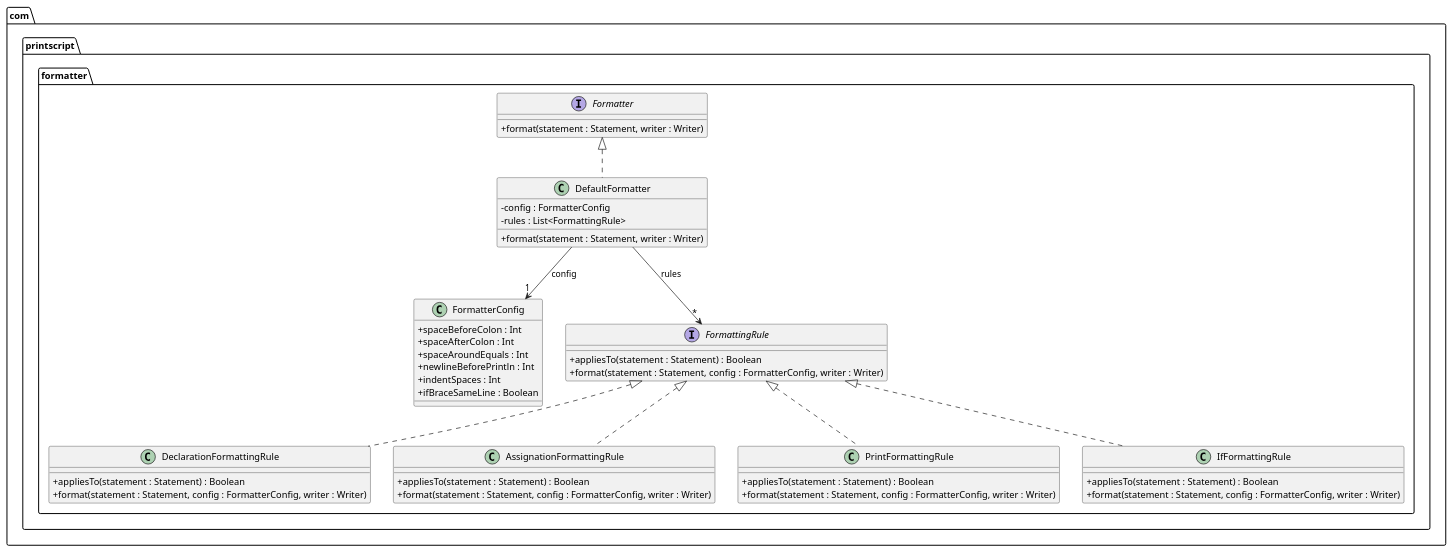
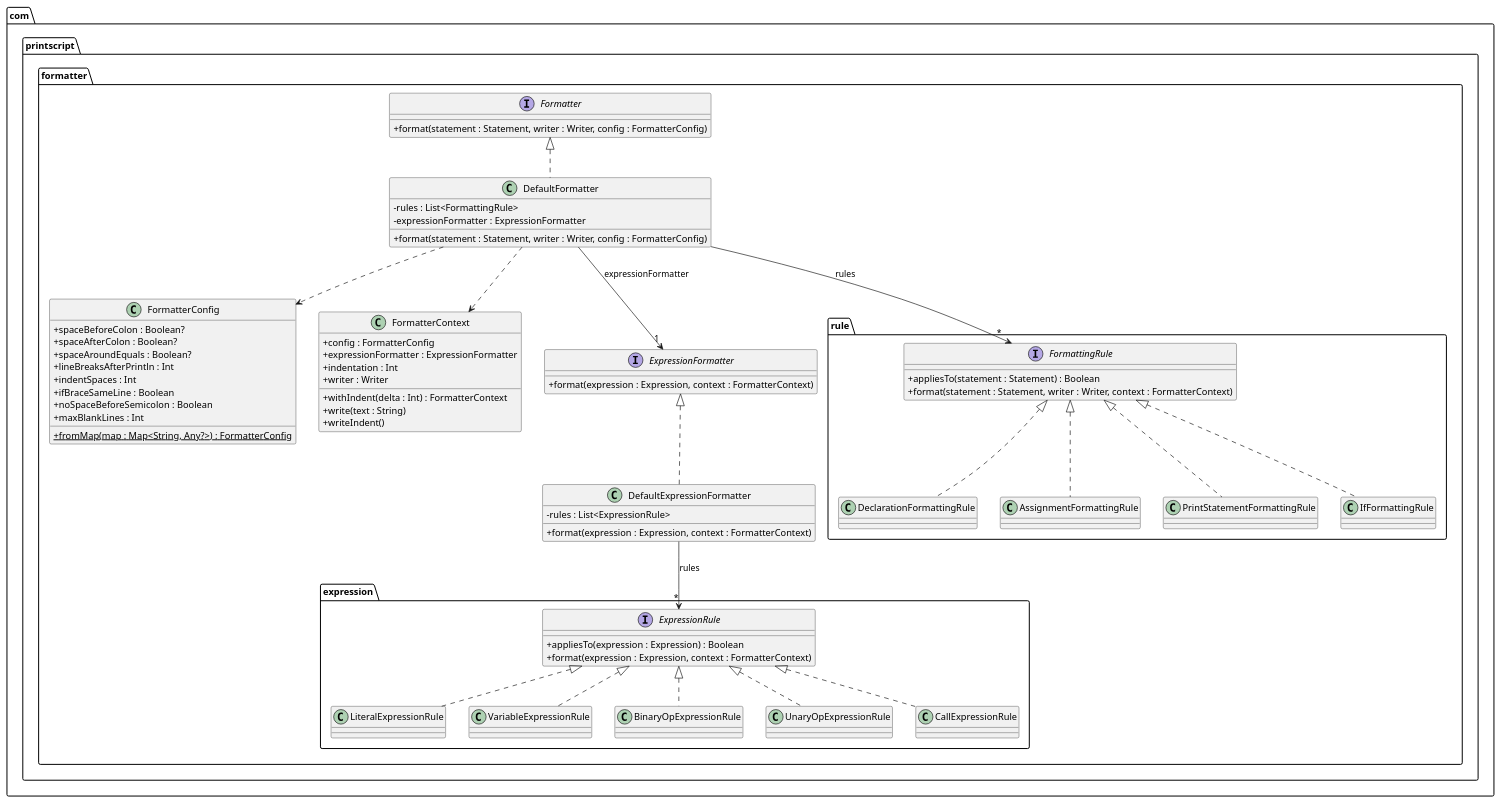
Before and after one commit to IngsisMac/printscript: the diagram in docs/diagrams/formatter.puml, drawn with PlantUML. The commit also changed 10 other files, not shown here.

Commit message:
updated diagrams

```diff
--- a/docs/diagrams/formatter.puml
+++ b/docs/diagrams/formatter.puml
@@ -1,60 +1,80 @@
 @startuml
 skinparam classAttributeIconSize 0
 
 package "com.printscript.formatter" {
 
     interface Formatter {
-        + format(statement : Statement, writer : Writer)
+        + format(statement : Statement, writer : Writer, config : FormatterConfig)
     }
 
-    class DefaultFormatter {
-        - config : FormatterConfig
+    class DefaultFormatter implements Formatter {
         - rules : List<FormattingRule>
-        + format(statement : Statement, writer : Writer)
+        - expressionFormatter : ExpressionFormatter
+        + format(statement : Statement, writer : Writer, config : FormatterConfig)
     }
 
     class FormatterConfig {
-        + spaceBeforeColon : Int
-        + spaceAfterColon : Int
-        + spaceAroundEquals : Int
-        + newlineBeforePrintln : Int
+        + spaceBeforeColon : Boolean?
+        + spaceAfterColon : Boolean?
+        + spaceAroundEquals : Boolean?
+        + lineBreaksAfterPrintln : Int
         + indentSpaces : Int
         + ifBraceSameLine : Boolean
+        + noSpaceBeforeSemicolon : Boolean
+        + maxBlankLines : Int
+        + {static} fromMap(map : Map<String, Any?>) : FormatterConfig
     }
 
+    class FormatterContext {
+        + config : FormatterConfig
+        + expressionFormatter : ExpressionFormatter
+        + indentation : Int
+        + writer : Writer
+        + withIndent(delta : Int) : FormatterContext
+        + write(text : String)
+        + writeIndent()
+    }
+
+    interface ExpressionFormatter {
+        + format(expression : Expression, context : FormatterContext)
+    }
+
+    class DefaultExpressionFormatter implements ExpressionFormatter {
+        - rules : List<ExpressionRule>
+        + format(expression : Expression, context : FormatterContext)
+    }
+}
+
+package "com.printscript.formatter.rule" {
     interface FormattingRule {
         + appliesTo(statement : Statement) : Boolean
-        + format(statement : Statement, config : FormatterConfig, writer : Writer)
+        + format(statement : Statement, writer : Writer, context : FormatterContext)
     }
 
-    class DeclarationFormattingRule {
-        + appliesTo(statement : Statement) : Boolean
-        + format(statement : Statement, config : FormatterConfig, writer : Writer)
+    class DeclarationFormattingRule implements FormattingRule
+    class AssignmentFormattingRule implements FormattingRule
+    class PrintStatementFormattingRule implements FormattingRule
+    class IfFormattingRule implements FormattingRule
+}
+
+package "com.printscript.formatter.expression" {
+    interface ExpressionRule {
+        + appliesTo(expression : Expression) : Boolean
+        + format(expression : Expression, context : FormatterContext)
     }
 
-    class AssignationFormattingRule {
-        + appliesTo(statement : Statement) : Boolean
-        + format(statement : Statement, config : FormatterConfig, writer : Writer)
-    }
-
-    class PrintFormattingRule {
-        + appliesTo(statement : Statement) : Boolean
-        + format(statement : Statement, config : FormatterConfig, writer : Writer)
-    }
-
-    class IfFormattingRule {
-        + appliesTo(statement : Statement) : Boolean
-        + format(statement : Statement, config : FormatterConfig, writer : Writer)
-    }
-
-    Formatter <|.. DefaultFormatter
-    DefaultFormatter --> "1" FormatterConfig : config
-    DefaultFormatter --> "*" FormattingRule : rules
-
-    FormattingRule <|.. DeclarationFormattingRule
-    FormattingRule <|.. AssignationFormattingRule
-    FormattingRule <|.. PrintFormattingRule
-    FormattingRule <|.. IfFormattingRule
+    class LiteralExpressionRule implements ExpressionRule
+    class VariableExpressionRule implements ExpressionRule
+    class BinaryOpExpressionRule implements ExpressionRule
+    class UnaryOpExpressionRule implements ExpressionRule
+    class CallExpressionRule implements ExpressionRule
 }
 
+DefaultFormatter --> "*" FormattingRule : rules
+DefaultFormatter --> "1" ExpressionFormatter : expressionFormatter
+DefaultFormatter ..> FormatterConfig
+DefaultFormatter ..> FormatterContext
+
+DefaultExpressionFormatter --> "*" ExpressionRule : rules
+
 @enduml
```
